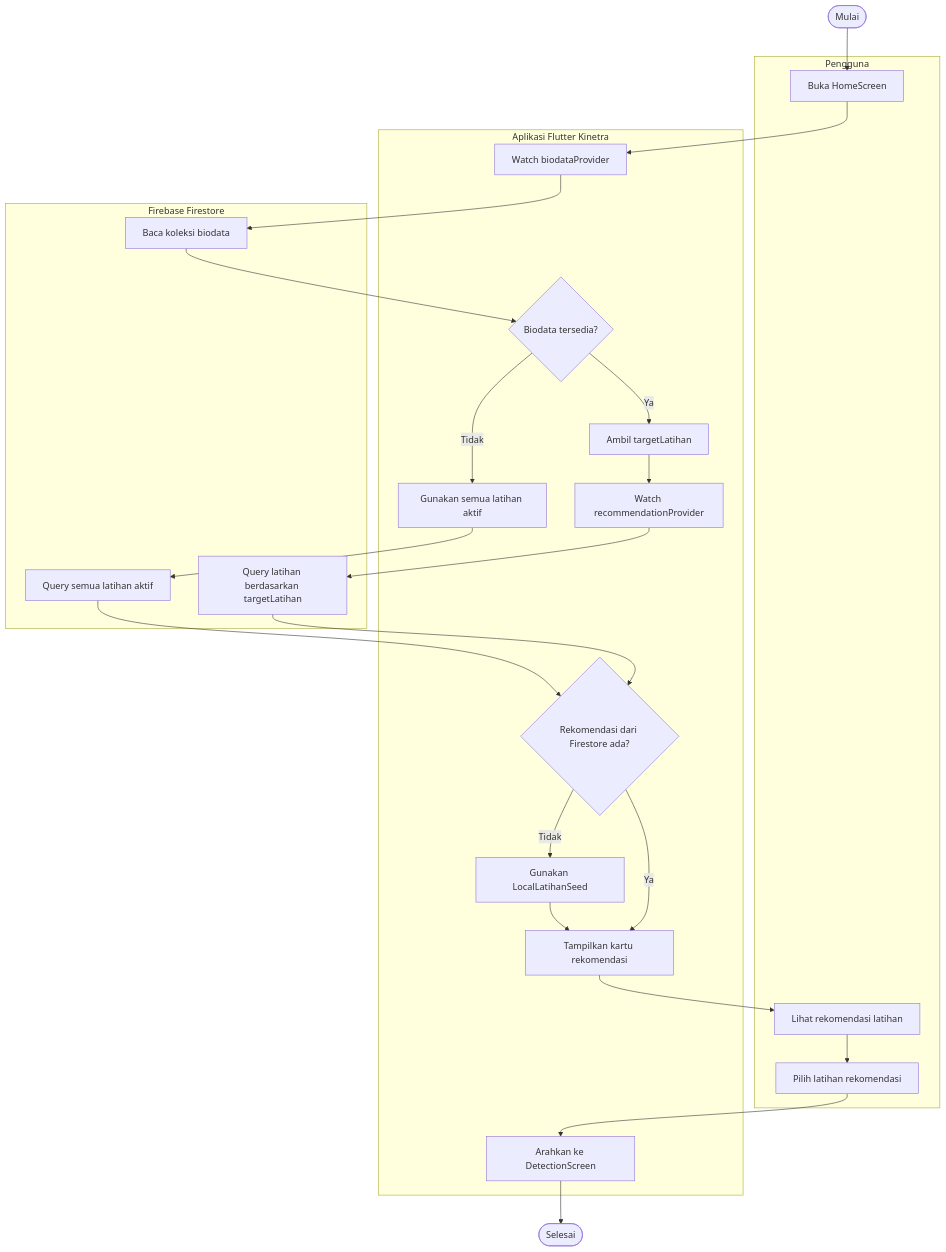
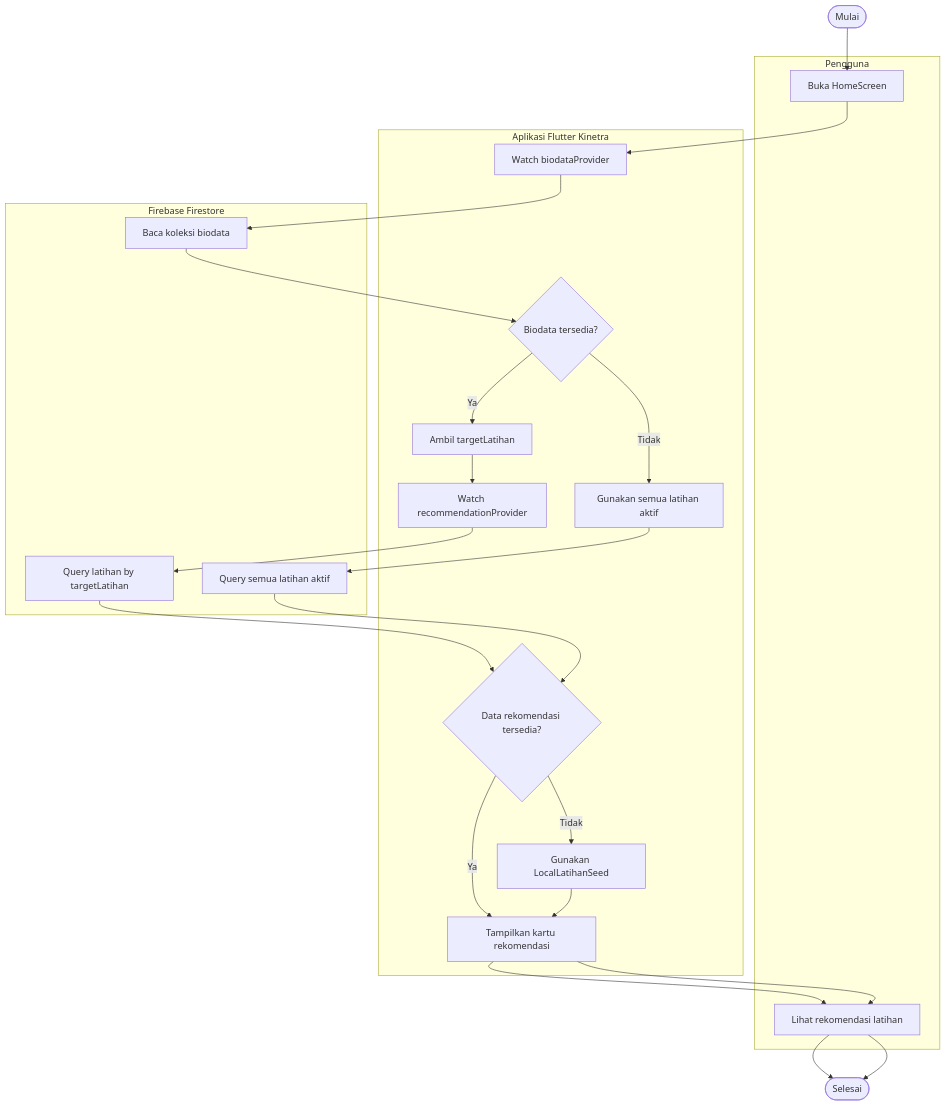
The seventh of 24 diagrams in docs/uml.md (arifrachmatdx/Kinetra), drawn with Mermaid before and after one commit. The commit also changed other lines of this file and 1 other file, not shown here.

Commit message:
docs: align UML diagrams with requested use cases

````diff
--- a/docs/uml.md
+++ b/docs/uml.md
@@ -214,32 +264,29 @@
 ```mermaid
 flowchart TD
     Start([Mulai])
     subgraph User["Pengguna"]
         OpenHome[Buka HomeScreen]
         ViewRecommendation[Lihat rekomendasi latihan]
-        SelectRecommendation[Pilih latihan rekomendasi]
     end
     subgraph App["Aplikasi Flutter Kinetra"]
         WatchBiodata[Watch biodataProvider]
         BiodataAvailable{Biodata tersedia?}
-        UseDefaultTarget[Gunakan semua latihan aktif]
         ReadTarget[Ambil targetLatihan]
         WatchRecommendation[Watch recommendationProvider]
-        RecommendationAvailable{Rekomendasi dari Firestore ada?}
-        UseFallback[Gunakan LocalLatihanSeed]
-        RenderCards[Tampilkan kartu rekomendasi]
-        GoDetection[Arahkan ke DetectionScreen]
+        RecommendationAvailable{Data rekomendasi tersedia?}
+        UseAllActive[Gunakan semua latihan aktif]
+        UseLocalSeed[Gunakan LocalLatihanSeed]
+        RenderRecommendation[Tampilkan kartu rekomendasi]
     end
     subgraph DB["Firebase Firestore"]
         ReadBiodata[Baca koleksi biodata]
-        QueryLatihan[Query latihan berdasarkan targetLatihan]
+        QueryByTarget[Query latihan by targetLatihan]
         QueryAllActive[Query semua latihan aktif]
     end
 
     Start --> OpenHome --> WatchBiodata --> ReadBiodata --> BiodataAvailable
-    BiodataAvailable -->|Tidak| UseDefaultTarget --> QueryAllActive --> RecommendationAvailable
-    BiodataAvailable -->|Ya| ReadTarget --> WatchRecommendation --> QueryLatihan --> RecommendationAvailable
-    RecommendationAvailable -->|Tidak| UseFallback --> RenderCards
-    RecommendationAvailable -->|Ya| RenderCards
-    RenderCards --> ViewRecommendation --> SelectRecommendation --> GoDetection --> End([Selesai])
+    BiodataAvailable -->|Ya| ReadTarget --> WatchRecommendation --> QueryByTarget --> RecommendationAvailable
+    BiodataAvailable -->|Tidak| UseAllActive --> QueryAllActive --> RecommendationAvailable
+    RecommendationAvailable -->|Ya| RenderRecommendation --> ViewRecommendation --> End([Selesai])
+    RecommendationAvailable -->|Tidak| UseLocalSeed --> RenderRecommendation --> ViewRecommendation --> End
 ```
````
